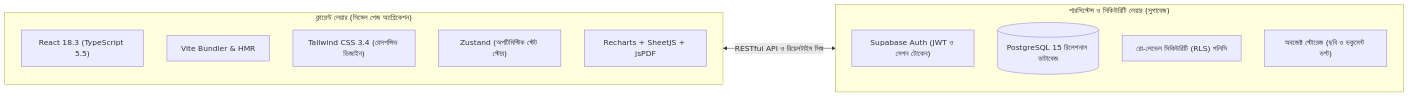
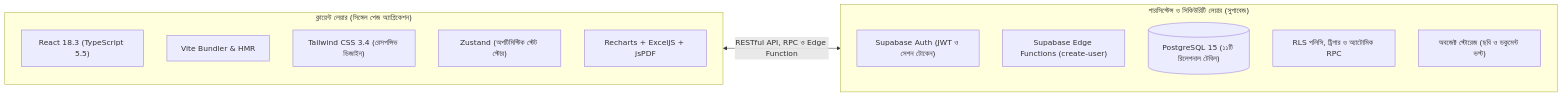
Before and after one commit to eftyqhar/FlowPay: the second of 5 diagrams in PRESENTATION_BN.md, drawn with Mermaid. The commit also changed other lines of this file and 12 other files, not shown here.

````diff
--- a/PRESENTATION_BN.md
+++ b/PRESENTATION_BN.md
@@ -72,19 +72,20 @@
 ```mermaid
 flowchart LR
     subgraph Client ["ক্লায়েন্ট লেয়ার (সিঙ্গেল পেজ অ্যাপ্লিকেশন)"]
         React["React 18.3 (TypeScript 5.5)"]
         Vite["Vite Bundler & HMR"]
         Tailwind["Tailwind CSS 3.4 (রেসপন্সিভ ডিজাইন)"]
         Zustand["Zustand (অপটিমিস্টিক স্টেট স্টোর)"]
-        Exports["Recharts + SheetJS + jsPDF"]
+        Exports["Recharts + ExcelJS + jsPDF"]
     end
 
     subgraph Cloud ["পারসিস্টেন্স ও সিকিউরিটি লেয়ার (সুপাবেজ)"]
         Auth["Supabase Auth (JWT ও সেশন টোকেন)"]
-        Postgres[("PostgreSQL 15 রিলেশনাল ডাটাবেজ")]
-        RLS["রো-লেভেল সিকিউরিটি (RLS) পলিসি"]
+        Edge["Supabase Edge Functions (create-user)"]
+        Postgres[("PostgreSQL 15 (১১টি রিলেশনাল টেবিল)")]
+        RLS["RLS পলিসি, ট্রিগার ও অ্যাটোমিক RPC"]
         Storage["অবজেক্ট স্টোরেজ (ছবি ও ডকুমেন্ট ভল্ট)"]
     end
 
-    Client <--> |"RESTful API ও রিয়েলটাইম সিঙ্ক"| Cloud
+    Client <--> |"RESTful API, RPC ও Edge Function"| Cloud
 ```
````
